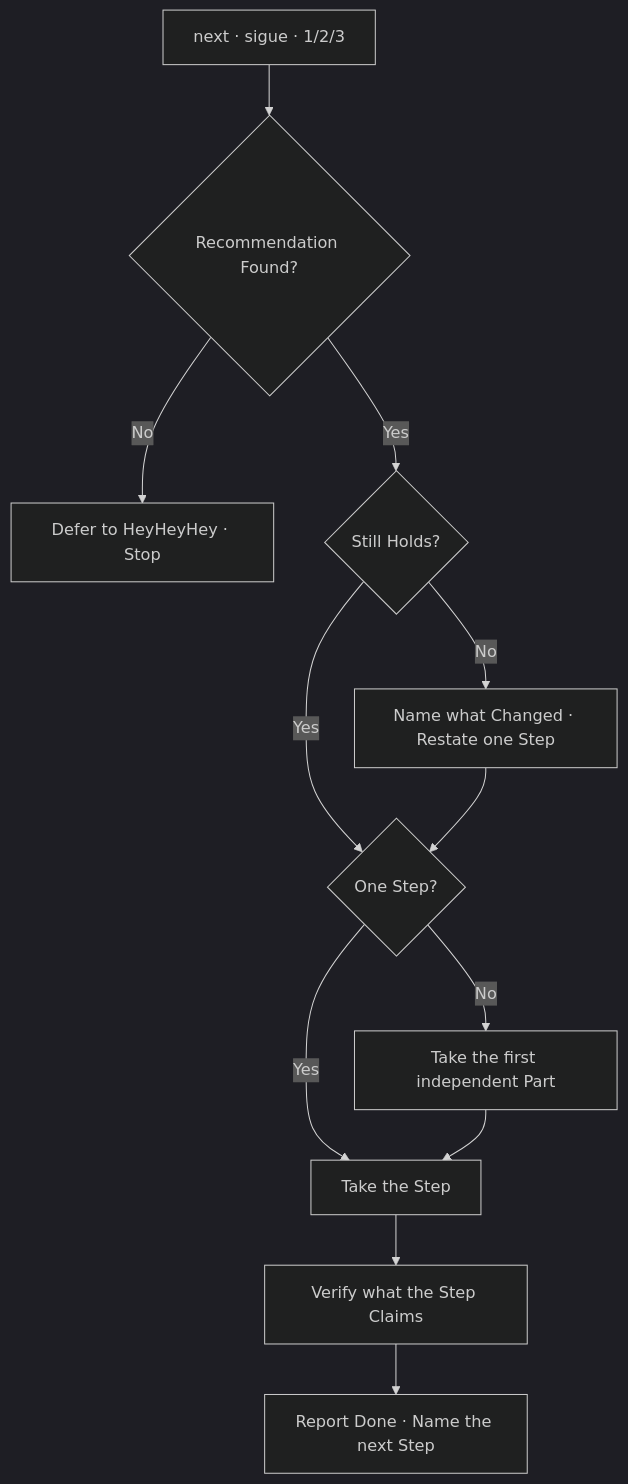
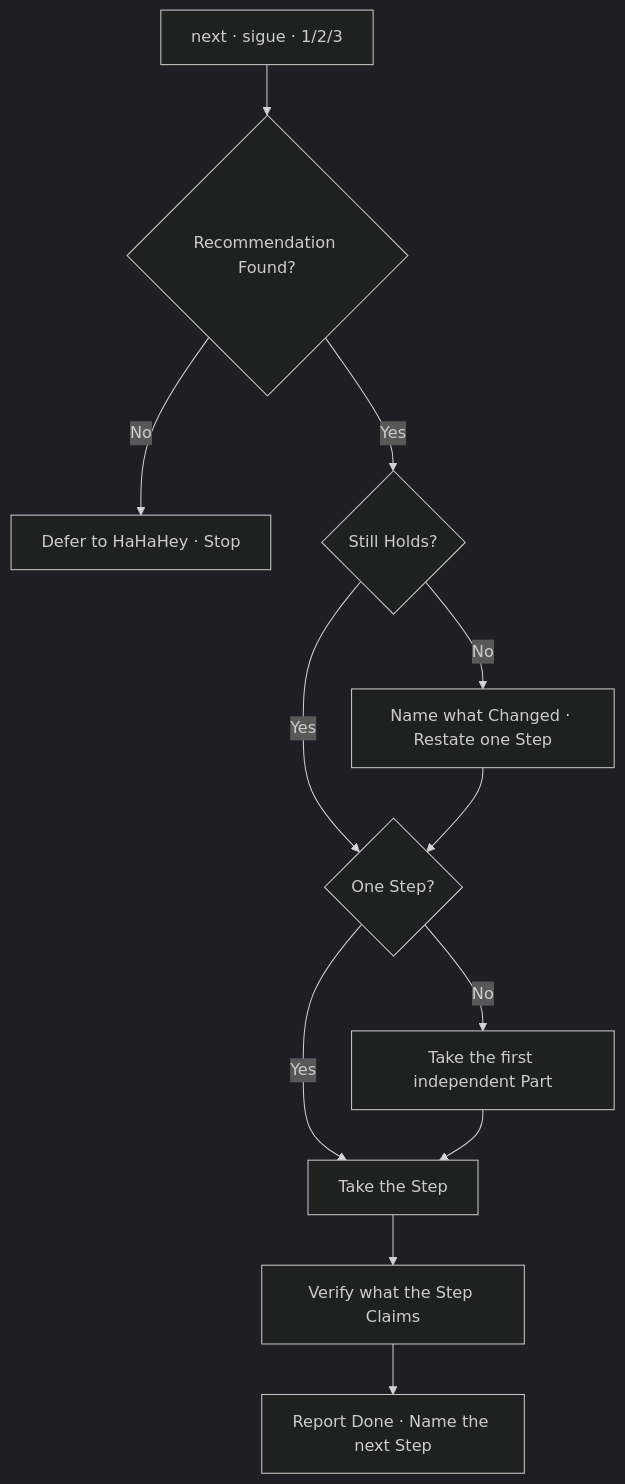
Before and after one commit to cangrejometralleta/OneTwoThree: the diagram in .agents/skills/next-next-next/SKILL.md, drawn with Mermaid (dark theme). The commit also changed other lines of this file and 8 other files, not shown here.

````diff
--- a/.agents/skills/next-next-next/SKILL.md
+++ b/.agents/skills/next-next-next/SKILL.md
@@ -17,14 +17,14 @@
 ```mermaid
 flowchart TD
     START["next · sigue · 1/2/3"] --> FIND{"Recommendation Found?"}
-    FIND -- No --> OPEN["Defer to HeyHeyHey · Stop"]
+    FIND -- No --> OPEN["Defer to HaHaHey · Stop"]
     FIND -- Yes --> HOLDS{"Still Holds?"}
     HOLDS -- No --> RENAME["Name what Changed · Restate one Step"]
     HOLDS -- Yes --> SIZE{"One Step?"}
     RENAME --> SIZE
     SIZE -- No --> SPLIT["Take the first independent Part"]
     SIZE -- Yes --> DO["Take the Step"]
     SPLIT --> DO
     DO --> VERIFY["Verify what the Step Claims"]
     VERIFY --> REPORT["Report Done · Name the next Step"]
 ```
````
